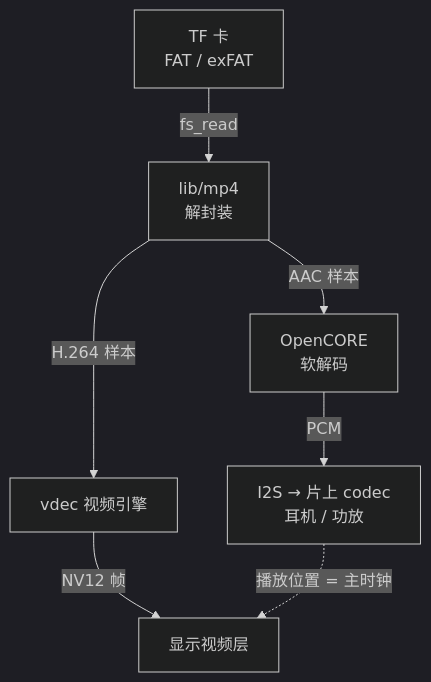
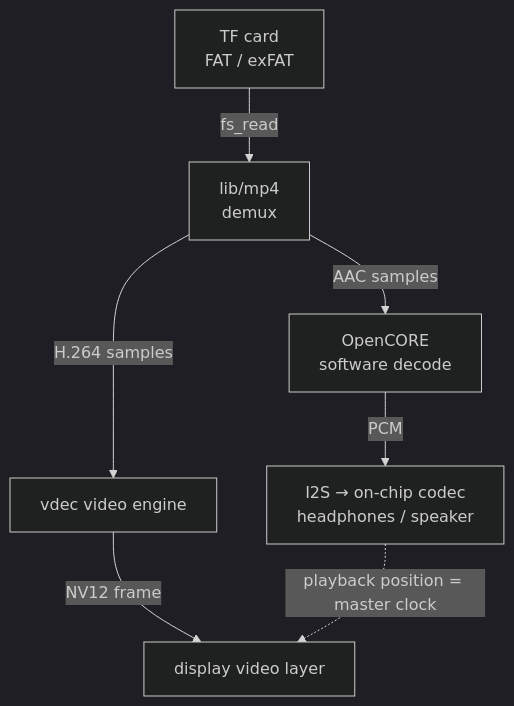
The first of 3 diagrams in docs/src/content/docs/dev/zephyr/apps/mp4-player.md (YuzukiHD/YuzukiNeko), drawn with Mermaid (dark theme) before and after one commit. The commit also changed other lines of this file and 216 other files, not shown here.

````diff
--- a/docs/src/content/docs/dev/zephyr/apps/mp4-player.md
+++ b/docs/src/content/docs/dev/zephyr/apps/mp4-player.md
@@ -7,9 +7,9 @@
 ```mermaid
 flowchart TB
-    SD["TF 卡<br/>FAT / exFAT"] -->|"fs_read"| DEMUX["lib/mp4<br/>解封装"]
-    DEMUX -->|"H.264 样本"| VDEC["vdec 视频引擎"]
-    DEMUX -->|"AAC 样本"| AAC["OpenCORE<br/>软解码"]
-    VDEC -->|"NV12 帧"| VID["显示视频层"]
-    AAC -->|"PCM"| I2S["I2S → 片上 codec<br/>耳机 / 功放"]
-    I2S -.->|"播放位置 = 主时钟"| VID
+    SD["TF card<br/>FAT / exFAT"] -->|"fs_read"| DEMUX["lib/mp4<br/>demux"]
+    DEMUX -->|"H.264 samples"| VDEC["vdec video engine"]
+    DEMUX -->|"AAC samples"| AAC["OpenCORE<br/>software decode"]
+    VDEC -->|"NV12 frame"| VID["display video layer"]
+    AAC -->|"PCM"| I2S["I2S → on-chip codec<br/>headphones / speaker"]
+    I2S -.->|"playback position = master clock"| VID
 ```
````
